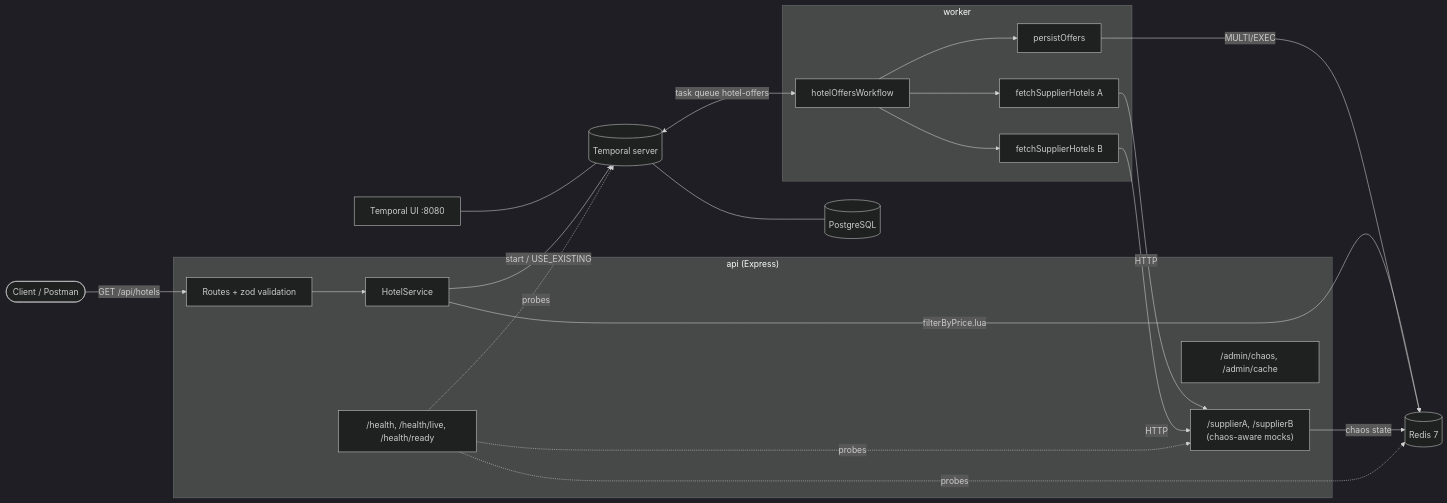
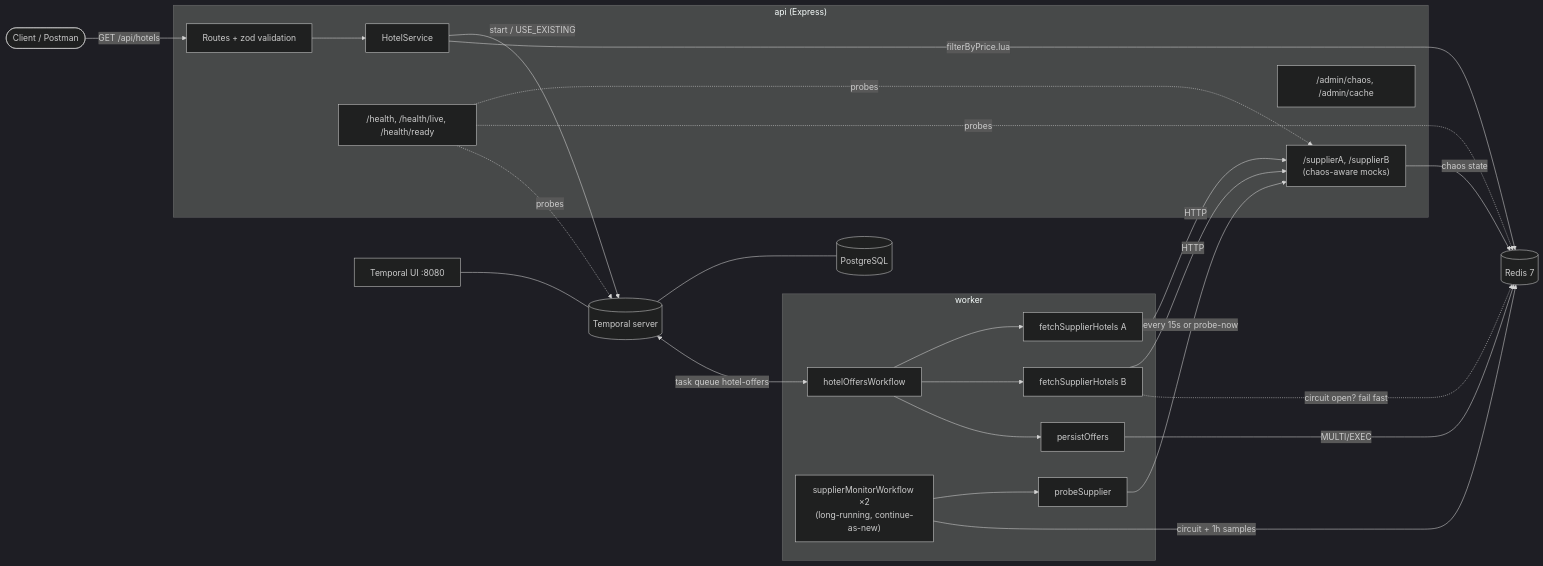
The first of 3 diagrams in README.md (Vanisha-vc5/hotel-offer-orchestrator), drawn with Mermaid (dark theme) before and after one commit. The commit also changed other lines of this file and 28 other files, not shown here.

First line of the commit message:
feat(monitor): add supplier monitor workflows and monitor-driven circuit breaker

````diff
--- a/README.md
+++ b/README.md
@@ -39,29 +39,33 @@
 ```mermaid
 flowchart LR
   client([Client / Postman]) -->|GET /api/hotels| api
 
   subgraph apiProc["api (Express)"]
     api[Routes + zod validation] --> svc[HotelService]
     mocks["/supplierA, /supplierB<br/>(chaos-aware mocks)"]
     admin["/admin/chaos, /admin/cache"]
     health["/health, /health/live, /health/ready"]
   end
 
   svc -->|start / USE_EXISTING| temporal[(Temporal server)]
   svc -->|filterByPrice.lua| redis[(Redis 7)]
   temporal --- pg[(PostgreSQL)]
   ui[Temporal UI :8080] --- temporal
 
   subgraph workerProc["worker"]
     wf[hotelOffersWorkflow] --> actA[fetchSupplierHotels A]
     wf --> actB[fetchSupplierHotels B]
     wf --> persist[persistOffers]
+    mon["supplierMonitorWorkflow ×2<br/>(long-running, continue-as-new)"] --> probe[probeSupplier]
   end
 
   temporal <-->|task queue hotel-offers| wf
   actA -->|HTTP| mocks
   actB -->|HTTP| mocks
   persist -->|MULTI/EXEC| redis
+  probe -->|every 15s or probe-now| mocks
+  mon -->|circuit + 1h samples| redis
+  actB -.->|circuit open? fail fast| redis
   mocks -->|chaos state| redis
   health -.->|probes| mocks & redis & temporal
 ```
````
